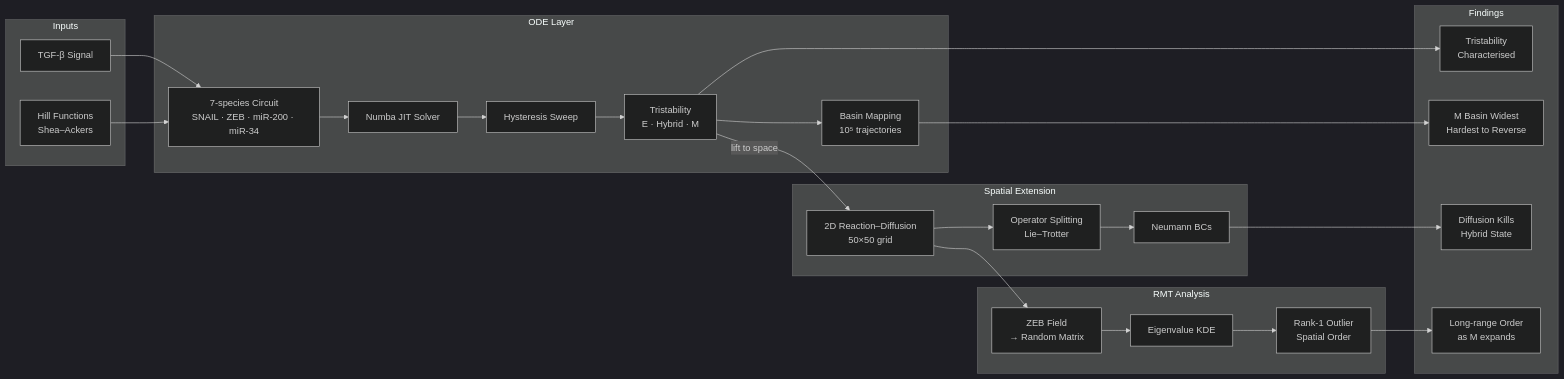
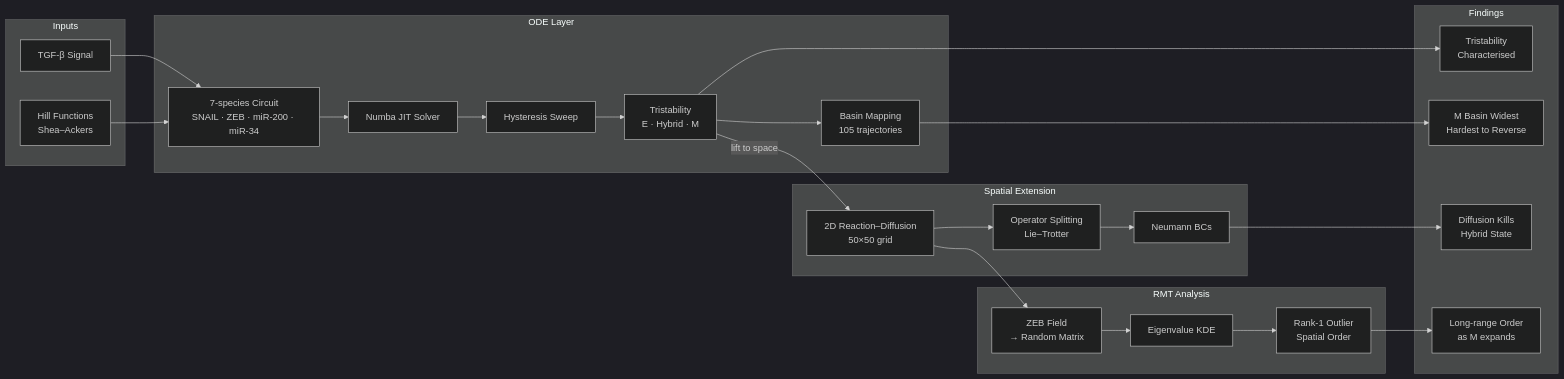
One commit to vajadiye-gif/vajadiye-gif changed the diagram in README.md. Above: the diagram before and after it, drawn with Mermaid (dark theme).

````diff
--- a/README.md
+++ b/README.md
@@ -101,45 +101,45 @@
 ```mermaid
 flowchart LR
     subgraph IN ["Inputs"]
         I1["TGF-β Signal"]
         I2["Hill Functions\nShea–Ackers"]
     end
 
     subgraph ODE ["ODE Layer"]
         O1["7-species Circuit\nSNAIL · ZEB · miR-200 · miR-34"]
         O2["Numba JIT Solver"]
         O3["Hysteresis Sweep"]
         O4["Tristability\nE · Hybrid · M"]
-        O5["Basin Mapping\n10⁵ trajectories"]
+        O5["Basin Mapping\n105 trajectories"]
     end
 
     subgraph PDE ["Spatial Extension"]
         P1["2D Reaction–Diffusion\n50×50 grid"]
         P2["Operator Splitting\nLie–Trotter"]
         P3["Neumann BCs"]
     end
 
     subgraph RMT ["RMT Analysis"]
         R1["ZEB Field\n→ Random Matrix"]
         R2["Eigenvalue KDE"]
         R3["Rank-1 Outlier\nSpatial Order"]
     end
 
     subgraph OUT ["Findings"]
         F1["Tristability\nCharacterised"]
         F2["M Basin Widest\nHardest to Reverse"]
         F3["Diffusion Kills\nHybrid State"]
         F4["Long-range Order\nas M expands"]
     end
 
     I1 --> O1
     I2 --> O1
     O1 --> O2 --> O3 --> O4
     O4 --> O5
     O4 -->|lift to space| P1
     P1 --> P2 --> P3
     O4 --> F1
     O5 --> F2
     P3 --> F3
     P1 --> R1 --> R2 --> R3 --> F4
 ```
````
